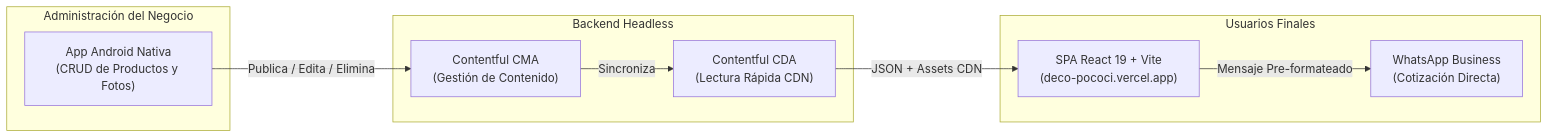
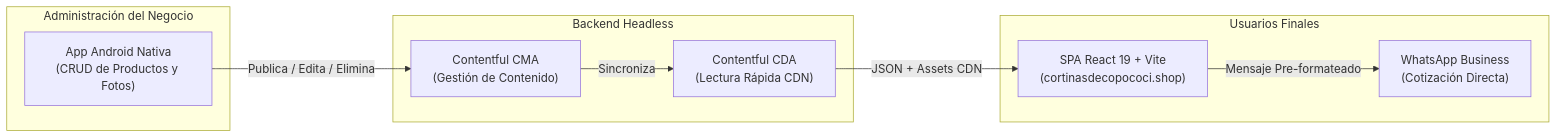
One commit to Mangelbarboza/DecoPococi changed the diagram in README.md. Above: the diagram before and after it, drawn with Mermaid. The commit also changed other lines of this file and 1 other file, not shown here.

Commit message:
docs: actualizar enlaces al dominio oficial cortinasdecopococi.shop

````diff
--- a/README.md
+++ b/README.md
@@ -60,21 +60,21 @@
 ```mermaid
 flowchart LR
     subgraph Cliente["Usuarios Finales"]
-        Web["SPA React 19 + Vite\n(deco-pococi.vercel.app)"]
+        Web["SPA React 19 + Vite\n(cortinasdecopococi.shop)"]
         WA["WhatsApp Business\n(Cotización Directa)"]
     end
 
     subgraph Cloud["Backend Headless"]
         CDA["Contentful CDA\n(Lectura Rápida CDN)"]
         CMA["Contentful CMA\n(Gestión de Contenido)"]
     end
 
     subgraph Admin["Administración del Negocio"]
         App["App Android Nativa\n(CRUD de Productos y Fotos)"]
     end
 
     App -->|"Publica / Edita / Elimina"| CMA
     CMA -->|"Sincroniza"| CDA
     CDA -->|"JSON + Assets CDN"| Web
     Web -->|"Mensaje Pre-formateado"| WA
 ```
````
